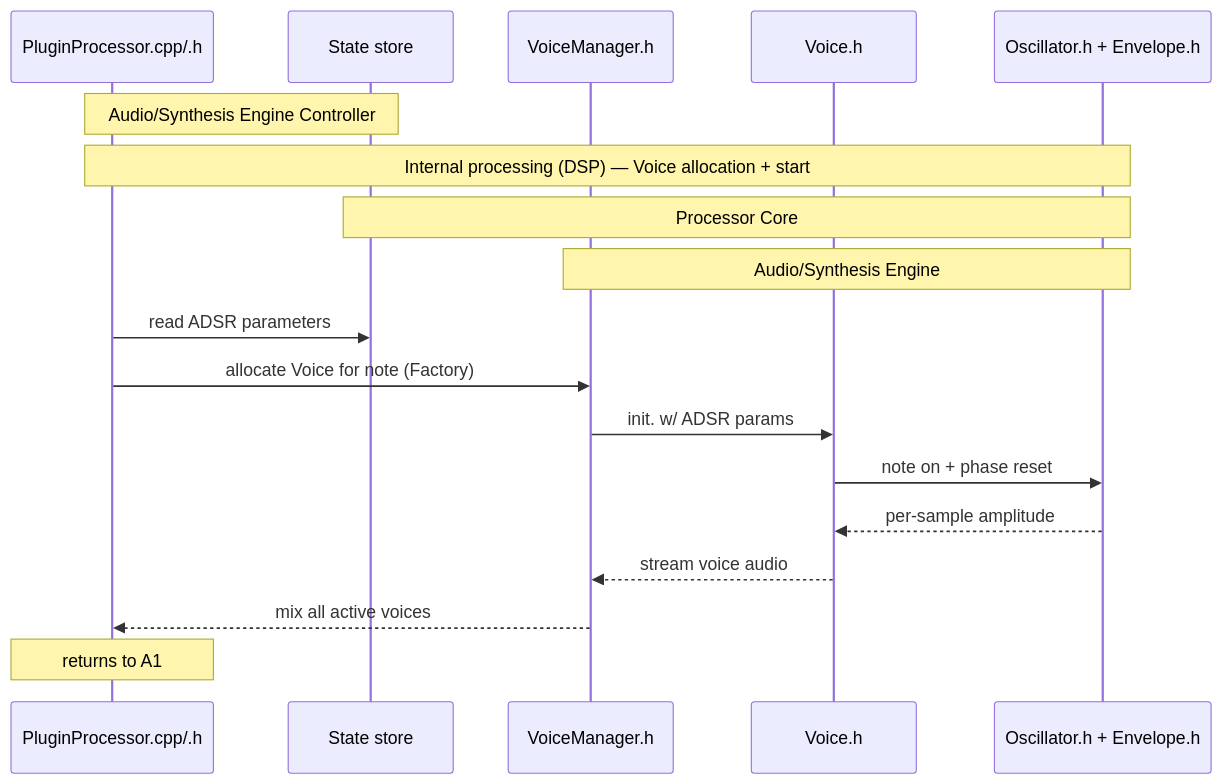
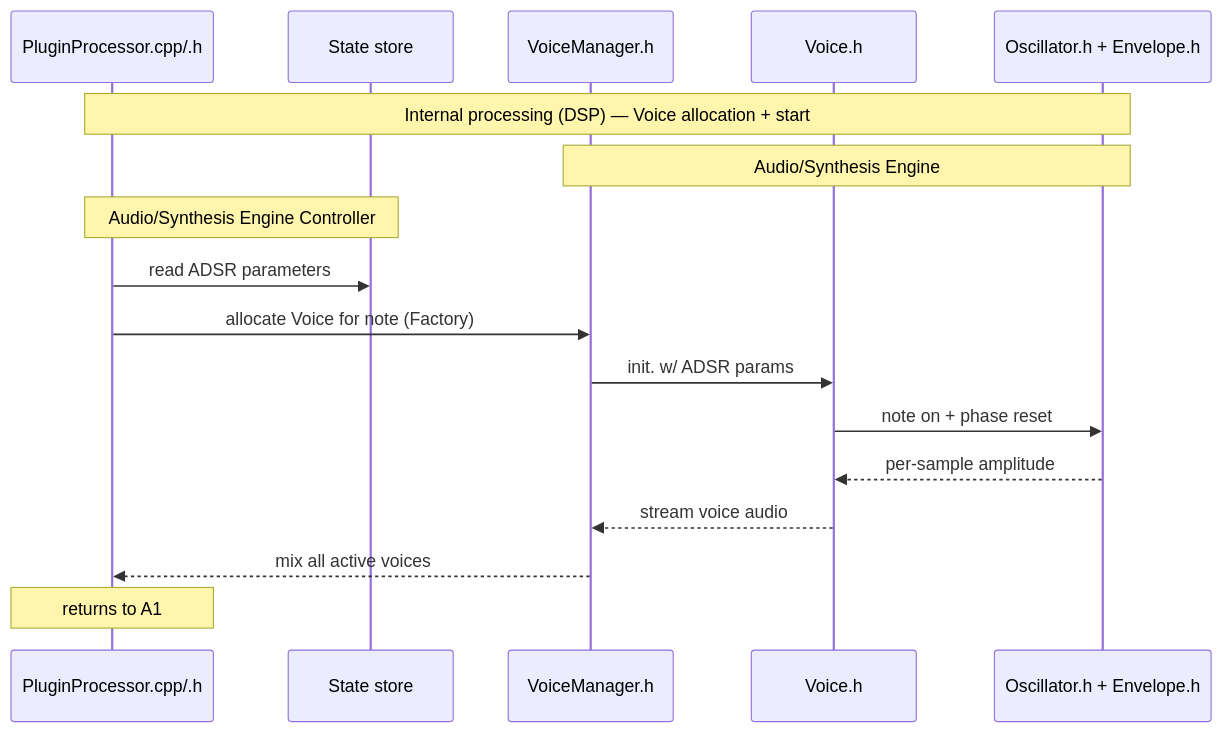
Before and after one commit to TYLERSFOSTER/MIDIControl001: the second of 11 diagrams in docs/architecture.md, drawn with Mermaid. The commit also changed other lines of this file, not shown here.

Commit message:
update architecture

````diff
--- a/docs/architecture.md
+++ b/docs/architecture.md
@@ -74,21 +80,20 @@
 ```mermaid
 sequenceDiagram
 participant PluginProcessor as PluginProcessor.cpp/.h
 participant ValueTree as State store
 participant VoiceManager as VoiceManager.h
 participant Voice as Voice.h
 participant DSP as Oscillator.h + Envelope.h
 
+Note over PluginProcessor,DSP: Internal processing (DSP) — Voice allocation + start
+Note over VoiceManager,DSP: Audio/Synthesis Engine
 Note over PluginProcessor,ValueTree: Audio/Synthesis Engine Controller
-Note over PluginProcessor,DSP: Internal processing (DSP) — Voice allocation + start
-Note over ValueTree,DSP: Processor Core
-Note over VoiceManager,DSP: Audio/Synthesis Engine
 PluginProcessor->>ValueTree: read ADSR parameters
 PluginProcessor->>VoiceManager: allocate Voice for note (Factory)
 VoiceManager->>Voice: init. w/ ADSR params
 Voice->>DSP: note on + phase reset
 DSP-->>Voice: per-sample amplitude
 Voice-->>VoiceManager: stream voice audio
 VoiceManager-->>PluginProcessor: mix all active voices
 Note over PluginProcessor: returns to A1
 ```
````
